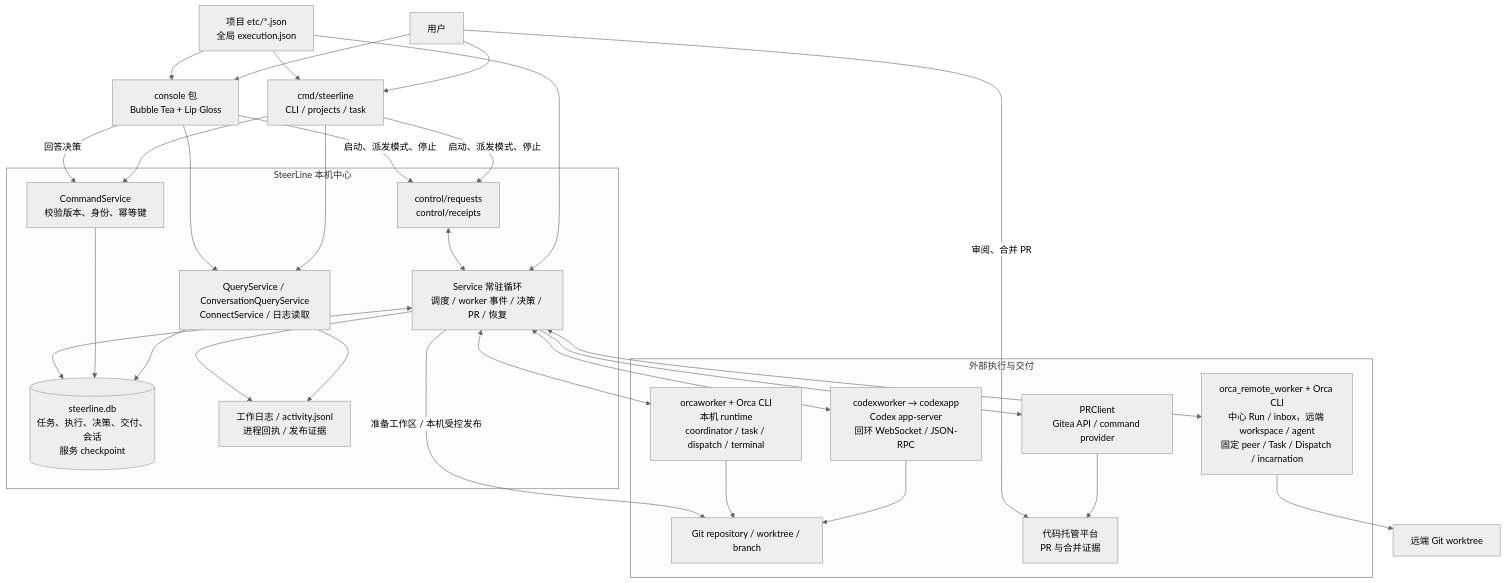
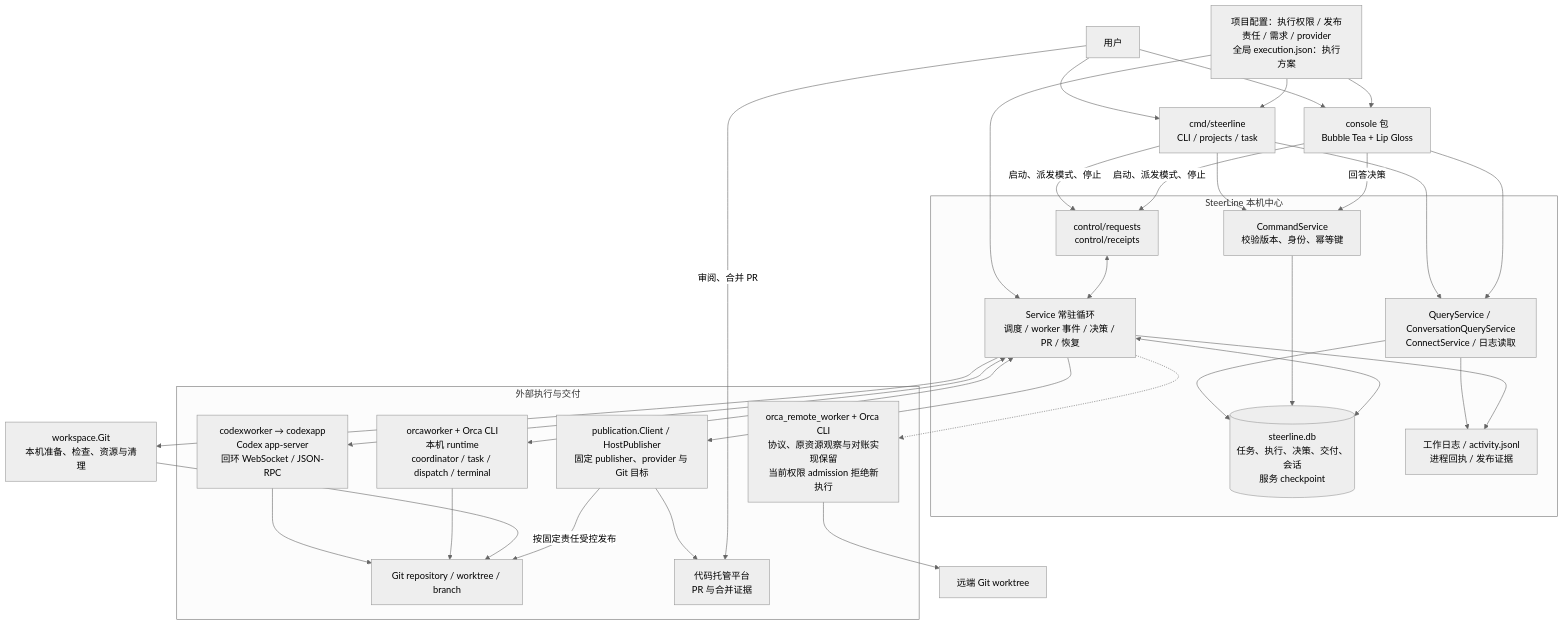
One commit to erranliu/SteerLine changed the first of 10 diagrams in docs/architecture/current-code-architecture.md. Above: the diagram before and after it, drawn with Mermaid (neutral theme). The commit also changed other lines of this file and 12 other files, not shown here.

````diff
--- a/docs/architecture/current-code-architecture.md
+++ b/docs/architecture/current-code-architecture.md
@@ -11,49 +11,51 @@
 ```mermaid
 flowchart TB
     Human["用户"] --> CLI["cmd/steerline<br/>CLI / projects / task"]
     Human --> TUI["console 包<br/>Bubble Tea + Lip Gloss"]
-    Config["项目 etc/*.json<br/>全局 execution.json"] --> CLI
+    Config["项目配置：执行权限 / 发布责任 / 需求 / provider<br/>全局 execution.json：执行方案"] --> CLI
     Config --> TUI
     Config --> Service
 
     subgraph Center["SteerLine 本机中心"]
         Query["QueryService / ConversationQueryService<br/>ConnectService / 日志读取"]
         Command["CommandService<br/>校验版本、身份、幂等键"]
         Inbox["control/requests<br/>control/receipts"]
         Service["Service 常驻循环<br/>调度 / worker 事件 / 决策 / PR / 恢复"]
         DB[("steerline.db<br/>任务、执行、决策、交付、会话<br/>服务 checkpoint")]
         Journal["工作日志 / activity.jsonl<br/>进程回执 / 发布证据"]
     end
 
     CLI --> Query
     TUI --> Query
     Query --> DB
     Query --> Journal
     CLI --> Command
     TUI -->|回答决策| Command
     Command --> DB
     CLI -->|启动、派发模式、停止| Inbox
     TUI -->|启动、派发模式、停止| Inbox
     Inbox <--> Service
     Service <--> DB
     Service --> Journal
 
     subgraph Execution["外部执行与交付"]
         Local["codexworker → codexapp<br/>Codex app-server<br/>回环 WebSocket / JSON-RPC"]
         Orca["orcaworker + Orca CLI<br/>本机 runtime<br/>coordinator / task / dispatch / terminal"]
-        Remote["orca_remote_worker + Orca CLI<br/>中心 Run / inbox，远端 workspace / agent<br/>固定 peer / Task / Dispatch / incarnation"]
+        Remote["orca_remote_worker + Orca CLI<br/>协议、原资源观察与对账实现保留<br/>当前权限 admission 拒绝新执行"]
         Git["Git repository / worktree / branch"]
-        PR["PRClient<br/>Gitea API / command provider"]
+        PR["publication.Client / HostPublisher<br/>固定 publisher、provider 与 Git 目标"]
         Provider["代码托管平台<br/>PR 与合并证据"]
     end
     Service <--> Local
     Service <--> Orca
-    Service <--> Remote
+    Service -.-> Remote
     Local --> Git
     Orca --> Git
     Remote --> RemoteGit["远端 Git worktree"]
-    Service -->|准备工作区 / 本机受控发布| Git
+    Service --> Workspace["workspace.Git<br/>本机准备、检查、资源与清理"]
+    Workspace --> Git
+    PR -->|按固定责任受控发布| Git
     Service --> PR
     PR --> Provider
     Human -->|审阅、合并 PR| Provider
 ```
````
